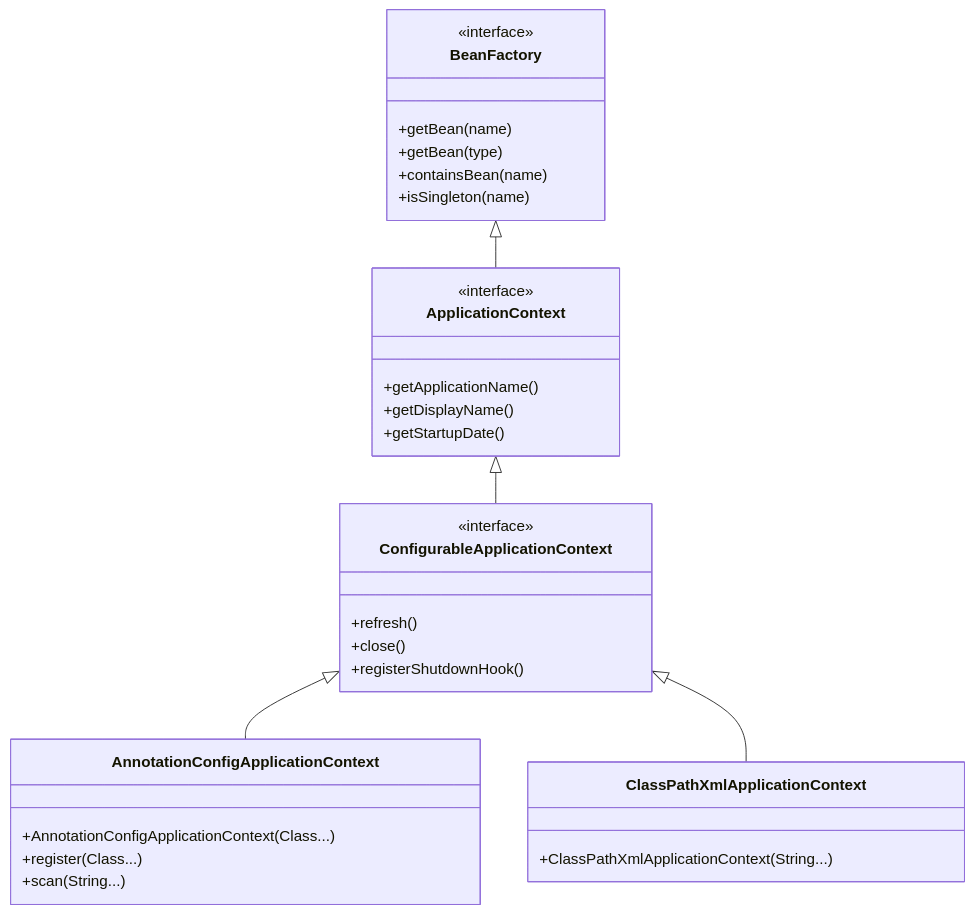
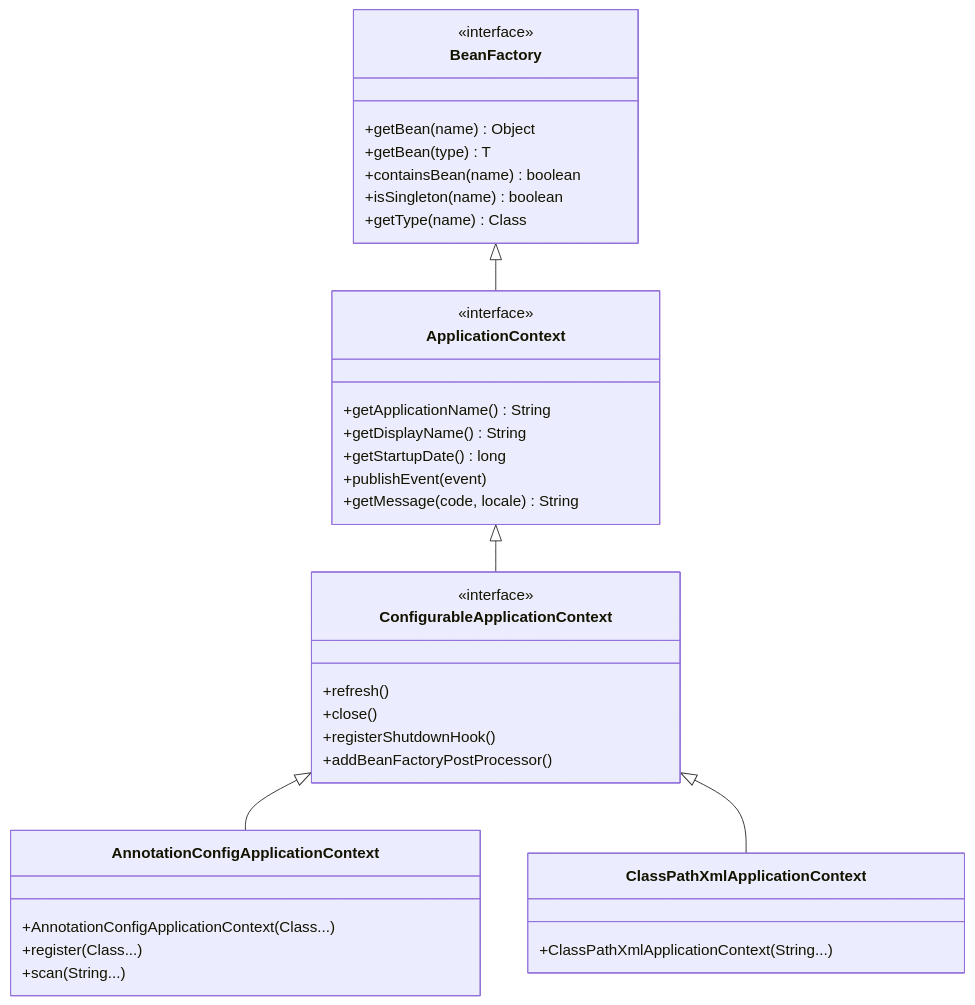
One commit to yjkim2015/yjkim2015.github.io changed the second of 13 diagrams in _posts/spring/2026-05-02-spring-core-basic.md. Above: the diagram before and after it, drawn with Mermaid. The commit also changed other lines of this file and 32 other files, not shown here.

````diff
--- a/_posts/spring/2026-05-02-spring-core-basic.md
+++ b/_posts/spring/2026-05-02-spring-core-basic.md
@@ -83,39 +104,43 @@
 ```mermaid
 classDiagram
     class BeanFactory {
         <<interface>>
-        +getBean(name)
-        +getBean(type)
-        +containsBean(name)
-        +isSingleton(name)
+        +getBean(name) Object
+        +getBean(type) T
+        +containsBean(name) boolean
+        +isSingleton(name) boolean
+        +getType(name) Class
     }
 
     class ApplicationContext {
         <<interface>>
-        +getApplicationName()
-        +getDisplayName()
-        +getStartupDate()
+        +getApplicationName() String
+        +getDisplayName() String
+        +getStartupDate() long
+        +publishEvent(event)
+        +getMessage(code, locale) String
     }
 
     class ConfigurableApplicationContext {
         <<interface>>
         +refresh()
         +close()
         +registerShutdownHook()
+        +addBeanFactoryPostProcessor()
     }
 
     class AnnotationConfigApplicationContext {
         +AnnotationConfigApplicationContext(Class...)
         +register(Class...)
         +scan(String...)
     }
 
     class ClassPathXmlApplicationContext {
         +ClassPathXmlApplicationContext(String...)
     }
 
     BeanFactory <|-- ApplicationContext
     ApplicationContext <|-- ConfigurableApplicationContext
     ConfigurableApplicationContext <|-- AnnotationConfigApplicationContext
     ConfigurableApplicationContext <|-- ClassPathXmlApplicationContext
 ```
````
